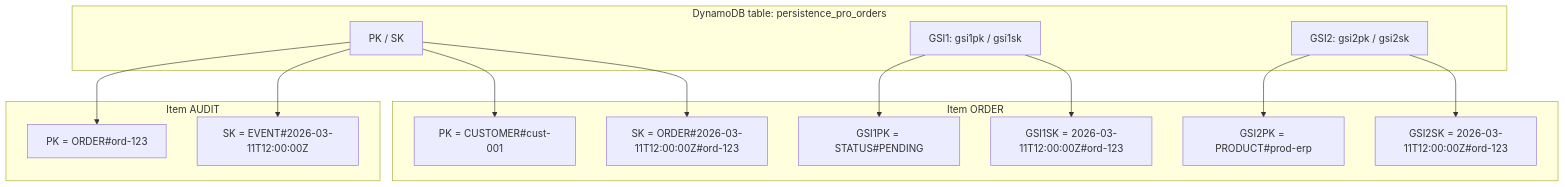
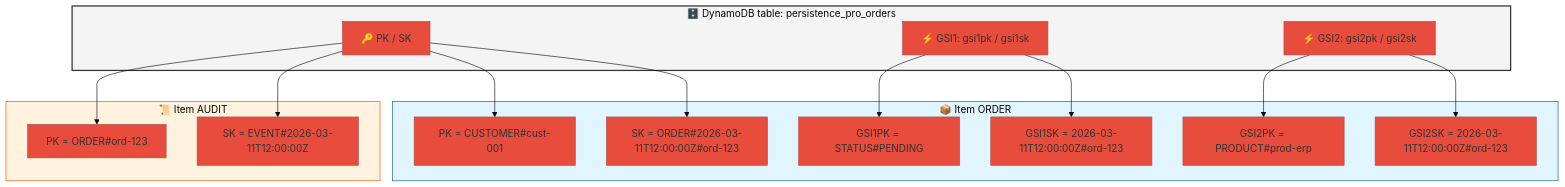
Before and after one commit to vladimiracunadev-create/proyectos-aws: the second of 4 diagrams in caso-e-dynamodb-persistence/docs/architecture.md, drawn with Mermaid. The commit also changed other lines of this file and 1 other file, not shown here.

````diff
--- a/caso-e-dynamodb-persistence/docs/architecture.md
+++ b/caso-e-dynamodb-persistence/docs/architecture.md
@@ -46,31 +49,36 @@
 ```mermaid
+%%{init: {'theme': 'base', 'themeVariables': { 'primaryColor': '#E74C3C', 'secondaryColor': '#27AE60', 'tertiaryColor': '#f9f9f9' }}}%%
 graph TB
-    subgraph Table["DynamoDB table: persistence_pro_orders"]
-        PKSK["PK / SK"]
-        GSI1["GSI1: gsi1pk / gsi1sk"]
-        GSI2["GSI2: gsi2pk / gsi2sk"]
+    subgraph Table["🗄️ DynamoDB table: persistence_pro_orders"]
+        PKSK["🔑 PK / SK"]
+        GSI1["⚡ GSI1: gsi1pk / gsi1sk"]
+        GSI2["⚡ GSI2: gsi2pk / gsi2sk"]
     end
 
-    subgraph EntityOrder["Item ORDER"]
+    subgraph EntityOrder["📦 Item ORDER"]
         OrderPK["PK = CUSTOMER#cust-001"]
         OrderSK["SK = ORDER#2026-03-11T12:00:00Z#ord-123"]
         OrderGSI1["GSI1PK = STATUS#PENDING"]
         OrderGSI1SK["GSI1SK = 2026-03-11T12:00:00Z#ord-123"]
         OrderGSI2["GSI2PK = PRODUCT#prod-erp"]
         OrderGSI2SK["GSI2SK = 2026-03-11T12:00:00Z#ord-123"]
     end
 
-    subgraph EntityAudit["Item AUDIT"]
+    subgraph EntityAudit["📜 Item AUDIT"]
         AuditPK["PK = ORDER#ord-123"]
         AuditSK["SK = EVENT#2026-03-11T12:00:00Z"]
     end
 
     PKSK --> OrderPK
     PKSK --> OrderSK
     PKSK --> AuditPK
     PKSK --> AuditSK
     GSI1 --> OrderGSI1
     GSI1 --> OrderGSI1SK
     GSI2 --> OrderGSI2
     GSI2 --> OrderGSI2SK
+
+    style Table fill:#f4f4f4,stroke:#333,stroke-width:2px
+    style EntityOrder fill:#e1f5fe,stroke:#01579b
+    style EntityAudit fill:#fff3e0,stroke:#e65100
 ```
````
